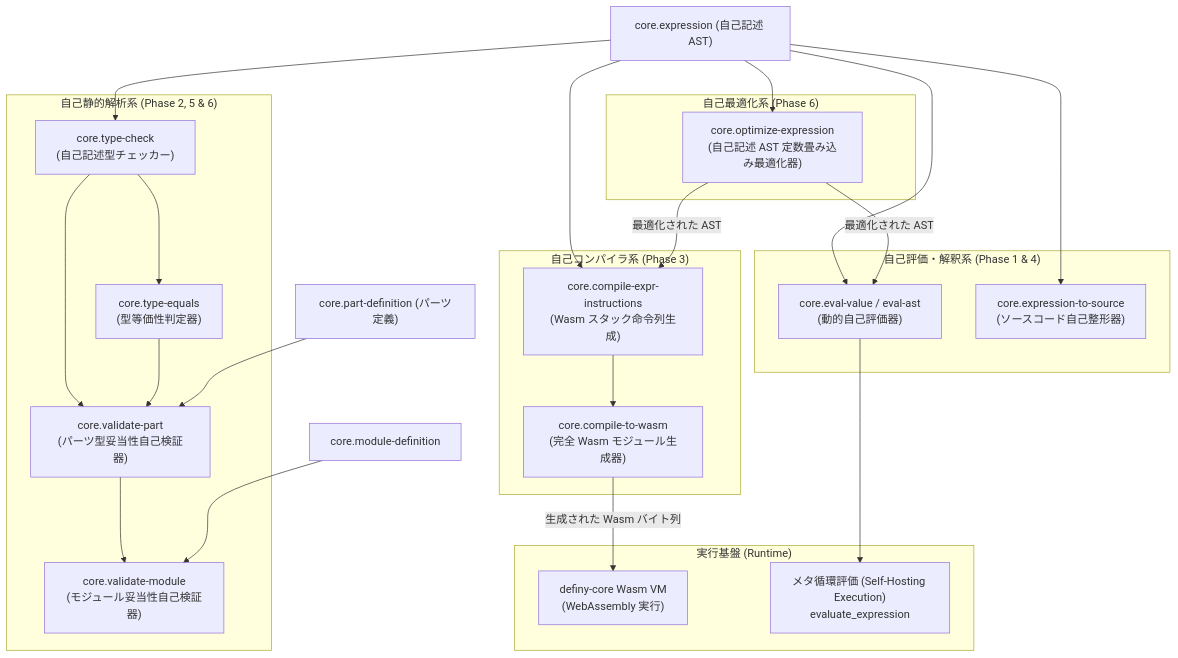
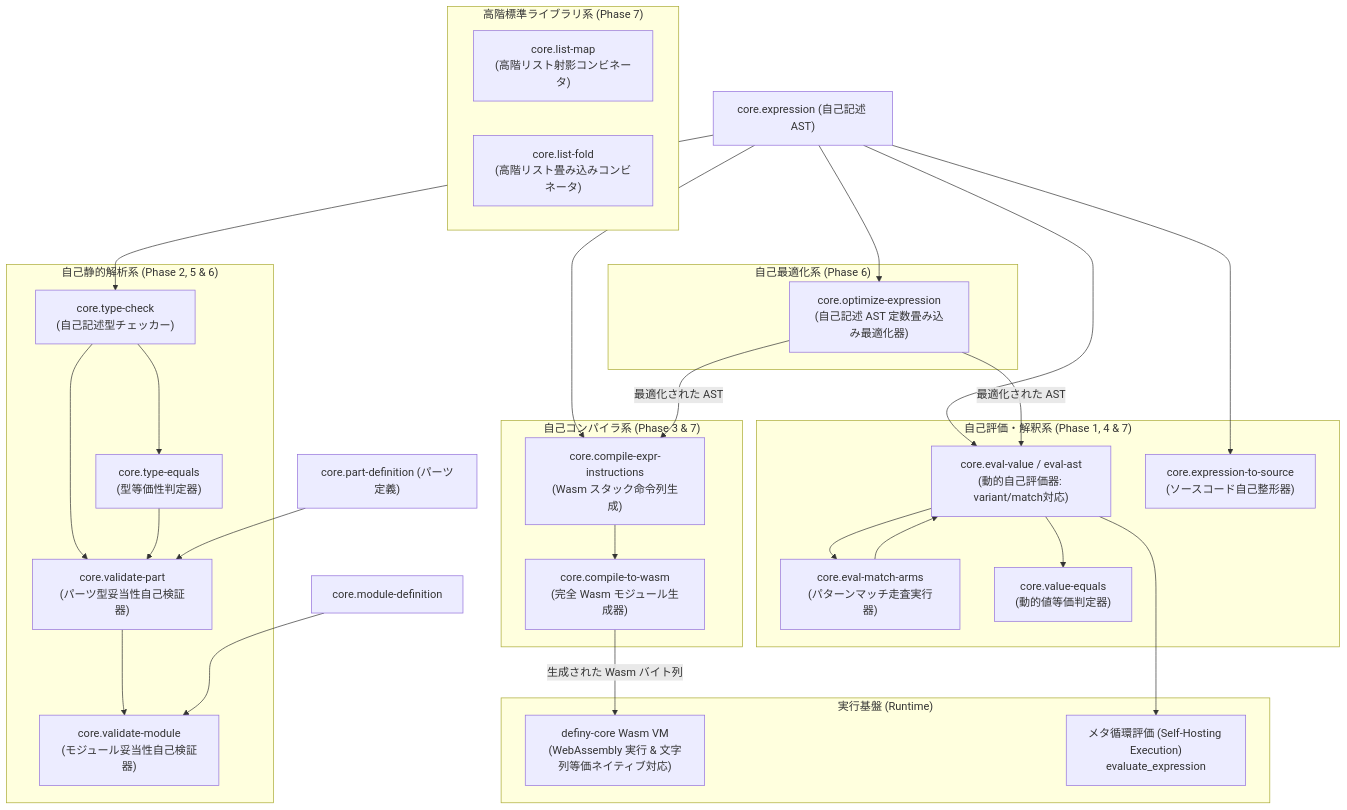
The diagram in docs/self-hosting.md (narumincho/definy), drawn with Mermaid before and after one commit. The commit also changed other lines of this file and 10 other files, not shown here.

Commit message:
feat: 直和型・パターンマッチ自己評価 (Phase 7)、動的等価判定 core.value-equals、高階リスト操作 core.list-map/fold を追加

````diff
--- a/docs/self-hosting.md
+++ b/docs/self-hosting.md
@@ -28,51 +28,62 @@
 ```mermaid
 graph TD
     ExpressionAST["core.expression (自己記述 AST)"]
     PartDef["core.part-definition (パーツ定義)"]
 
-    subgraph "自己評価・解釈系 (Phase 1 & 4)"
-        Evaluator["core.eval-value / eval-ast<br/>(動的自己評価器)"]
+    subgraph "自己評価・解釈系 (Phase 1, 4 & 7)"
+        Evaluator["core.eval-value / eval-ast<br/>(動的自己評価器: variant/match対応)"]
+        MatchArms["core.eval-match-arms<br/>(パターンマッチ走査実行器)"]
+        ValueEquals["core.value-equals<br/>(動的値等価判定器)"]
         Formatter["core.expression-to-source<br/>(ソースコード自己整形器)"]
+    end
+
+    subgraph "高階標準ライブラリ系 (Phase 7)"
+        ListMap["core.list-map<br/>(高階リスト射影コンビネータ)"]
+        ListFold["core.list-fold<br/>(高階リスト畳み込みコンビネータ)"]
     end
 
     subgraph "自己静的解析系 (Phase 2, 5 & 6)"
         TypeChecker["core.type-check<br/>(自己記述型チェッカー)"]
         TypeEquals["core.type-equals<br/>(型等価性判定器)"]
         ValidatorPart["core.validate-part<br/>(パーツ型妥当性自己検証器)"]
         ValidatorModule["core.validate-module<br/>(モジュール妥当性自己検証器)"]
     end
 
     subgraph "自己最適化系 (Phase 6)"
         Optimizer["core.optimize-expression<br/>(自己記述 AST 定数畳み込み最適化器)"]
     end
 
-    subgraph "自己コンパイラ系 (Phase 3)"
+    subgraph "自己コンパイラ系 (Phase 3 & 7)"
         CompileInstr["core.compile-expr-instructions<br/>(Wasm スタック命令列生成)"]
         CompileToWasm["core.compile-to-wasm<br/>(完全 Wasm モジュール生成器)"]
     end
 
     subgraph "実行基盤 (Runtime)"
-        WasmVM["definy-core Wasm VM<br/>(WebAssembly 実行)"]
+        WasmVM["definy-core Wasm VM<br/>(WebAssembly 実行 & 文字列等価ネイティブ対応)"]
         MetaCircular["メタ循環評価 (Self-Hosting Execution)<br/>evaluate_expression"]
     end
 
     ExpressionAST --> Evaluator
     ExpressionAST --> Formatter
     ExpressionAST --> TypeChecker
     ExpressionAST --> Optimizer
     ExpressionAST --> CompileInstr
+
+    Evaluator --> MatchArms
+    MatchArms --> Evaluator
+    Evaluator --> ValueEquals
 
     Optimizer -->|最適化された AST| CompileInstr
     Optimizer -->|最適化された AST| Evaluator
 
     TypeChecker --> TypeEquals
     TypeChecker --> ValidatorPart
     TypeEquals --> ValidatorPart
     PartDef --> ValidatorPart
     ValidatorPart --> ValidatorModule
     ModuleDef["core.module-definition"] --> ValidatorModule
 
     CompileInstr --> CompileToWasm
     CompileToWasm -->|生成された Wasm バイト列| WasmVM
     Evaluator --> MetaCircular
 ```
````
